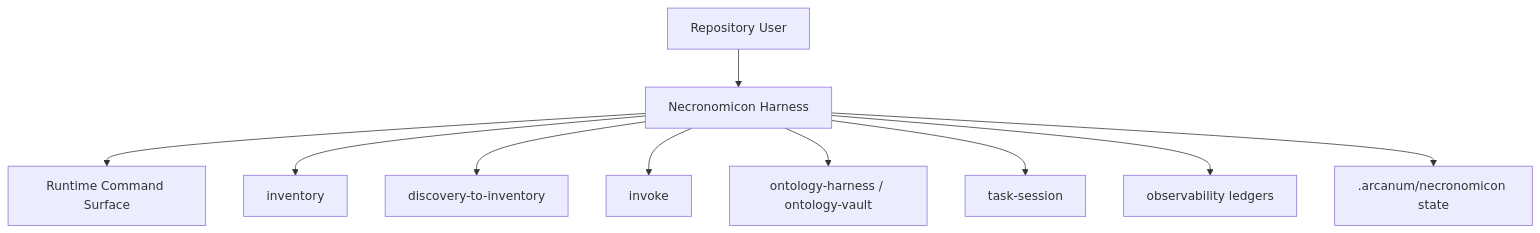
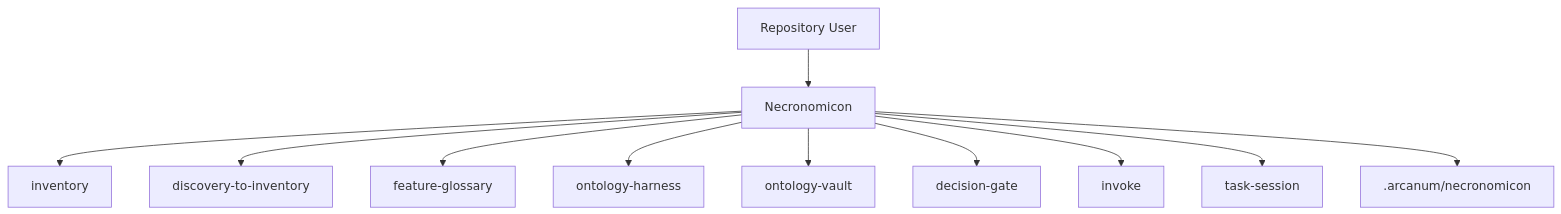
One commit to cyberAlchemyAI/Arcanum changed the first of 5 diagrams in spells/necronomicon/development/DESIGN.md. Above: the diagram before and after it, drawn with Mermaid. The commit also changed other lines of this file and 16 other files, not shown here.

````diff
--- a/spells/necronomicon/development/DESIGN.md
+++ b/spells/necronomicon/development/DESIGN.md
@@ -40,12 +38,13 @@
 ```mermaid
 graph TD
-    User[Repository User] --> Neo[Necronomicon Harness]
-    Neo --> Runtime[Runtime Command Surface]
-    Neo --> Inventory[inventory]
-    Neo --> Discovery[discovery-to-inventory]
+    User[Repository User] --> Neo[Necronomicon]
+    Neo --> Inv[inventory]
+    Neo --> DTI[discovery-to-inventory]
+    Neo --> FG[feature-glossary]
+    Neo --> OH[ontology-harness]
+    Neo --> OV[ontology-vault]
+    Neo --> DG[decision-gate]
     Neo --> Invoke[invoke]
-    Neo --> Ontology[ontology-harness / ontology-vault]
     Neo --> Task[task-session]
-    Neo --> Observability[observability ledgers]
-    Neo --> State[.arcanum/necronomicon state]
+    Neo --> State[.arcanum/necronomicon]
 ```
````
